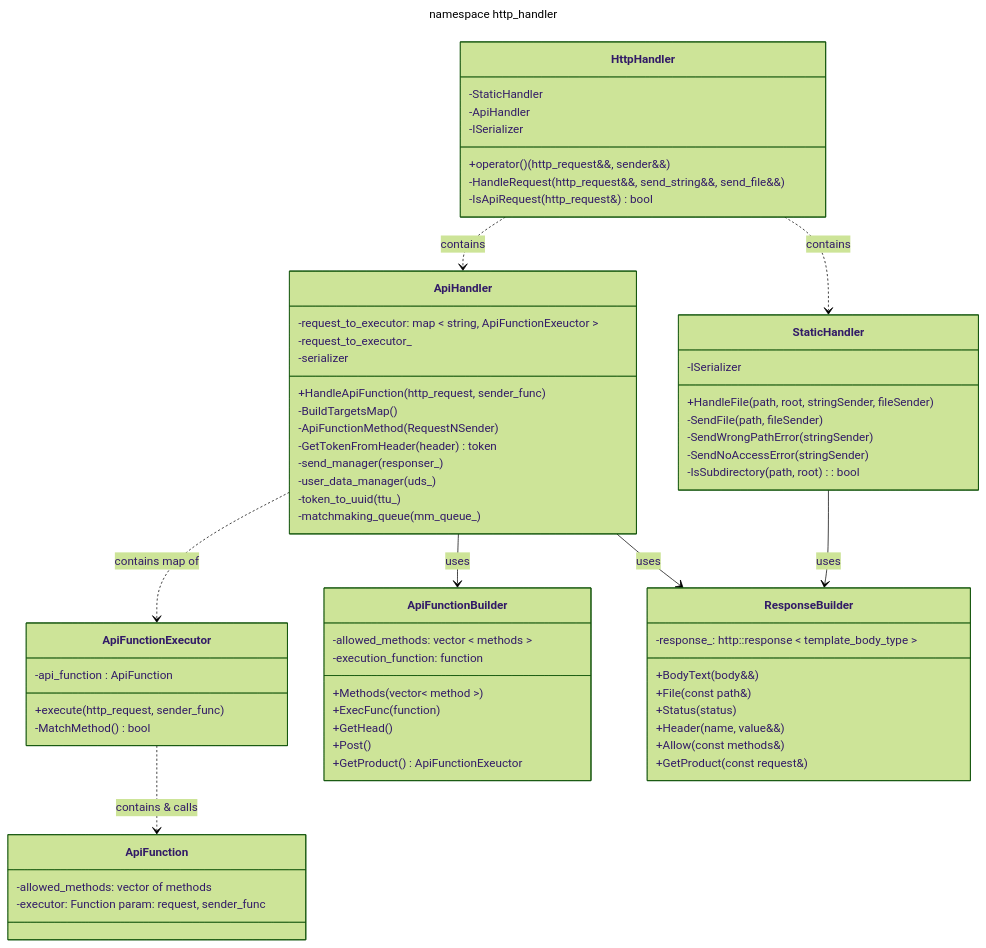
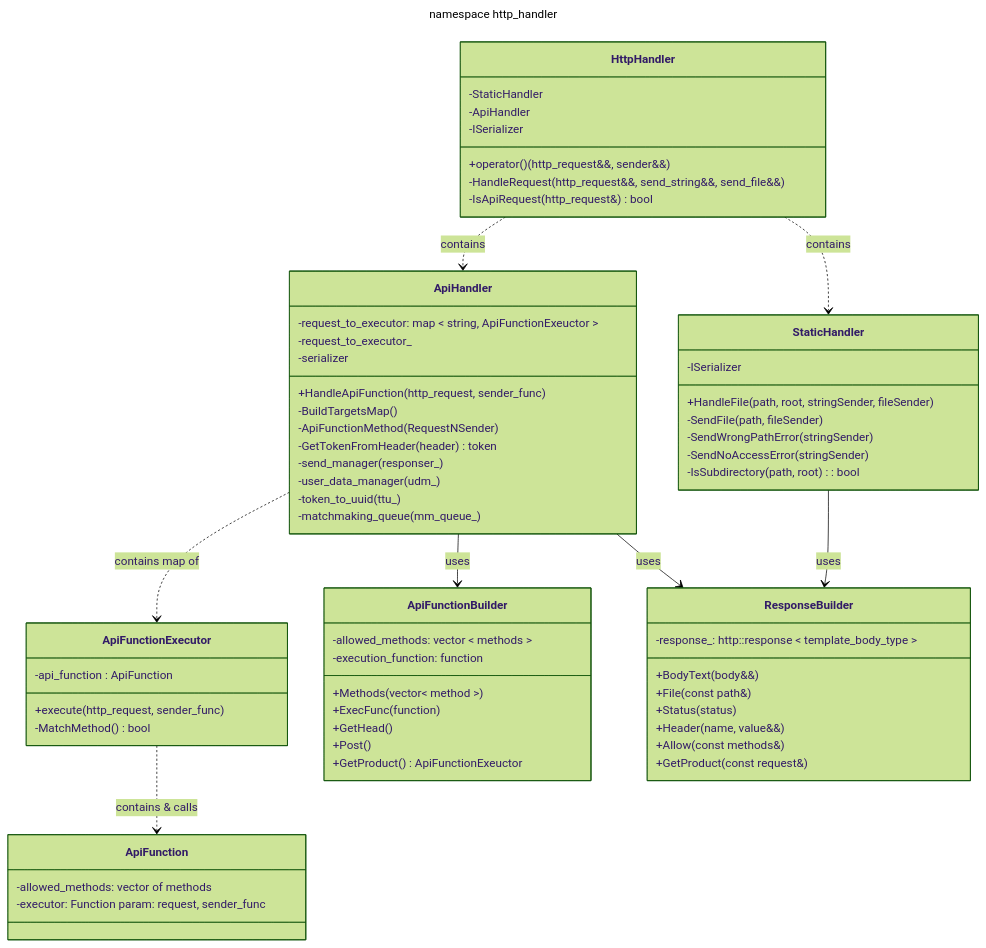
The diagram in docs/http_handler.md (LeeDoor/game_webserver), drawn with Mermaid (forest theme) before and after one commit. The commit also changed 3 other files, not shown here.

```diff
--- a/docs/http_handler.md
+++ b/docs/http_handler.md
@@ -51,7 +51,7 @@
   -request_to_executor_      
         -serializer
         -send_manager(responser_)
-        -user_data_manager(uds_)
+        -user_data_manager(udm_)
         -token_to_uuid (ttu_)
         -matchmaking_queue(mm_queue_)
     }
```
